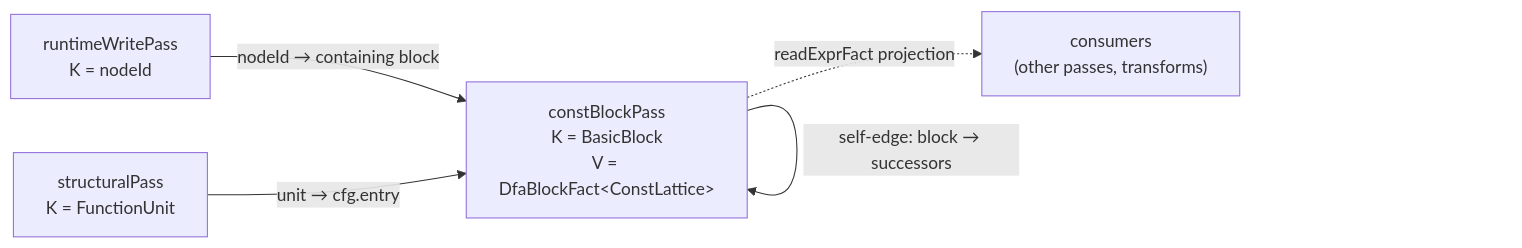
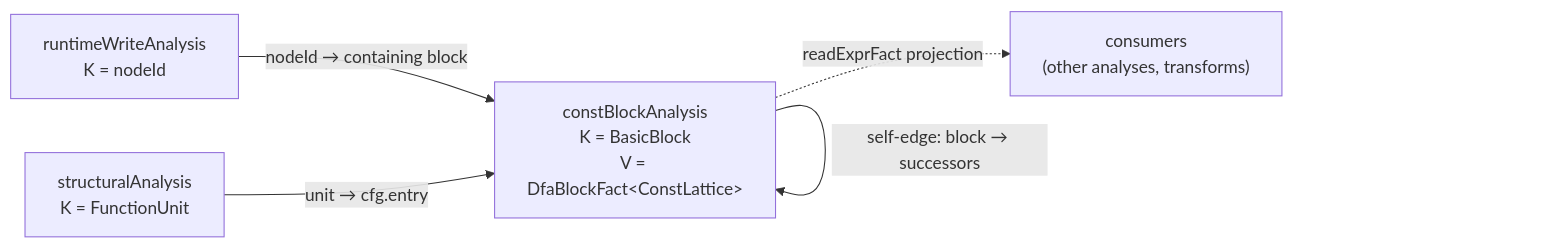
The seventh of 14 diagrams in docs/dfa-framework-tutorial.md (loyaltypollution/py-slang), drawn with Mermaid before and after one commit. The commit also changed other lines of this file and 49 other files, not shown here.

First line of the commit message:
speculative: introduce speculativeType/speculativeConst analyses + deopt recovery

````diff
--- a/docs/dfa-framework-tutorial.md
+++ b/docs/dfa-framework-tutorial.md
@@ -279,12 +353,12 @@
 ```mermaid
 flowchart LR
-    RW["runtimeWritePass<br/>K = nodeId"]
-    BP["constBlockPass<br/>K = BasicBlock<br/>V = DfaBlockFact&lt;ConstLattice&gt;"]
-    SP["structuralPass<br/>K = FunctionUnit"]
-    C["consumers<br/>(other passes, transforms)"]
+    RW["runtimeWriteAnalysis<br/>K = nodeId"]
+    BP["constBlockAnalysis<br/>K = BasicBlock<br/>V = DfaBlockFact&lt;ConstLattice&gt;"]
+    SP["structuralAnalysis<br/>K = FunctionUnit"]
+    C["consumers<br/>(other analyses, transforms)"]
 
     RW -- "nodeId → containing block" --> BP
     SP -- "unit → cfg.entry" --> BP
     BP -- "self-edge: block → successors" --> BP
     BP -. "readExprFact projection" .-> C
 ```
````
